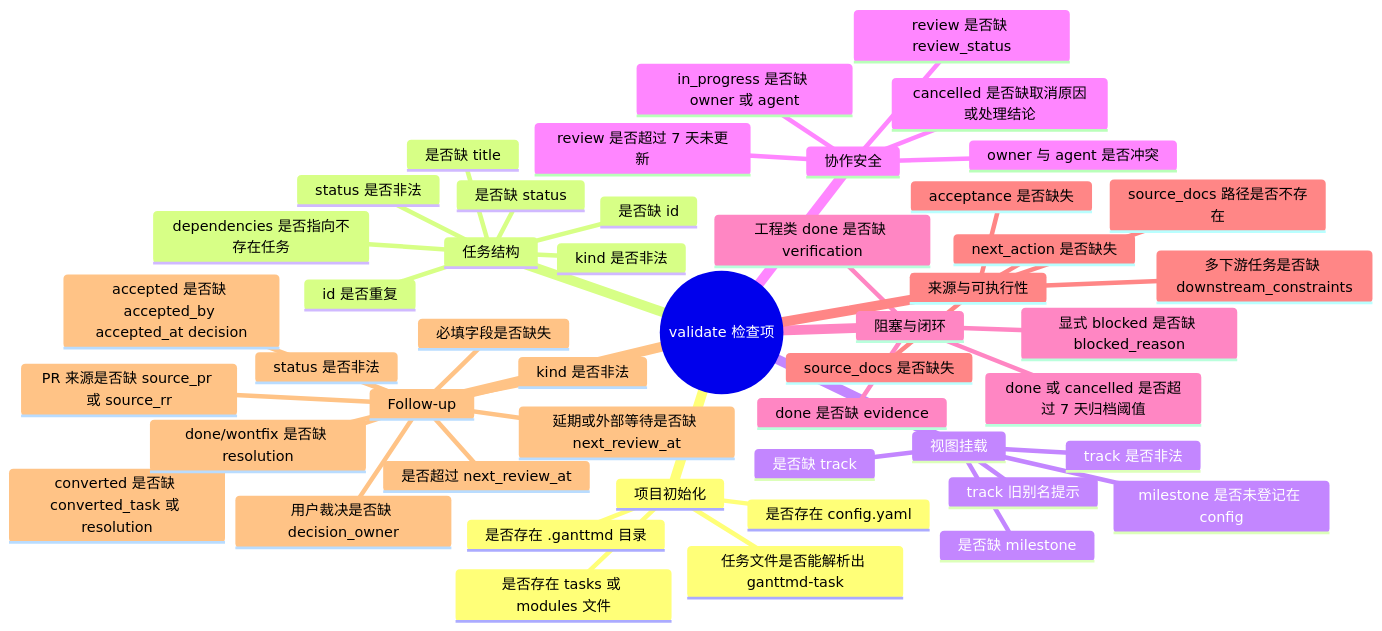
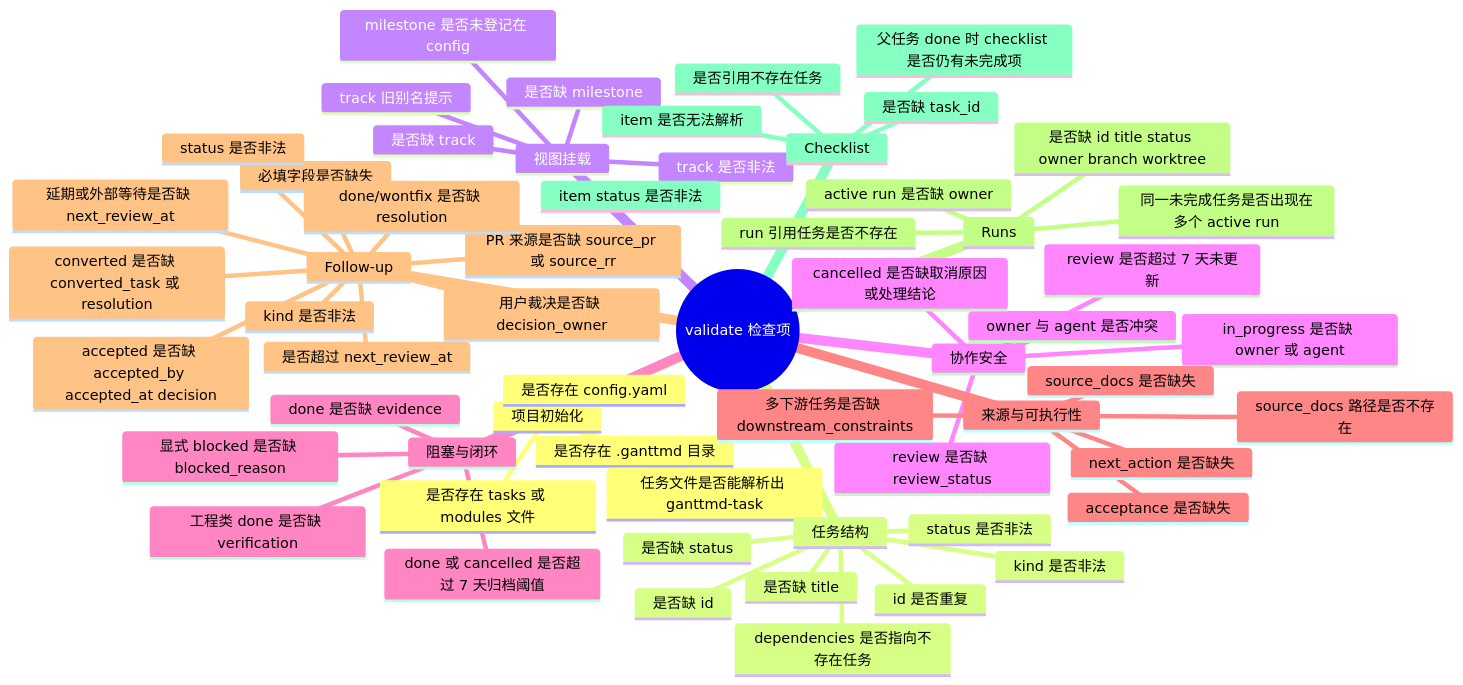
The second of 2 diagrams in docs/校验脚本检查流程图.md (GengDaPeng/GanttMD), drawn with Mermaid before and after one commit. The commit also changed other lines of this file and 25 other files, not shown here.

````diff
--- a/docs/校验脚本检查流程图.md
+++ b/docs/校验脚本检查流程图.md
@@ -73,51 +79,62 @@
 ```mermaid
 mindmap
   root((validate 检查项))
     项目初始化
       是否存在 .ganttmd 目录
       是否存在 config.yaml
       是否存在 tasks 或 modules 文件
       任务文件是否能解析出 ganttmd-task
     任务结构
       是否缺 id
       id 是否重复
       是否缺 title
       是否缺 status
       status 是否非法
       kind 是否非法
       dependencies 是否指向不存在任务
     视图挂载
       是否缺 track
       track 是否非法
       track 旧别名提示
       是否缺 milestone
       milestone 是否未登记在 config
     协作安全
       in_progress 是否缺 owner 或 agent
       owner 与 agent 是否冲突
       review 是否缺 review_status
       review 是否超过 7 天未更新
       cancelled 是否缺取消原因或处理结论
     阻塞与闭环
       显式 blocked 是否缺 blocked_reason
       done 是否缺 evidence
       工程类 done 是否缺 verification
       done 或 cancelled 是否超过 7 天归档阈值
     来源与可执行性
       source_docs 是否缺失
       source_docs 路径是否不存在
       next_action 是否缺失
       acceptance 是否缺失
       多下游任务是否缺 downstream_constraints
     Follow-up
       必填字段是否缺失
       status 是否非法
       kind 是否非法
       PR 来源是否缺 source_pr 或 source_rr
       用户裁决是否缺 decision_owner
       延期或外部等待是否缺 next_review_at
       是否超过 next_review_at
       accepted 是否缺 accepted_by accepted_at decision
       converted 是否缺 converted_task 或 resolution
       done/wontfix 是否缺 resolution
+    Runs
+      是否缺 id title status owner branch worktree
+      active run 是否缺 owner
+      run 引用任务是否不存在
+      同一未完成任务是否出现在多个 active run
+    Checklist
+      是否缺 task_id
+      是否引用不存在任务
+      item 是否无法解析
+      item status 是否非法
+      父任务 done 时 checklist 是否仍有未完成项
 ```
````
